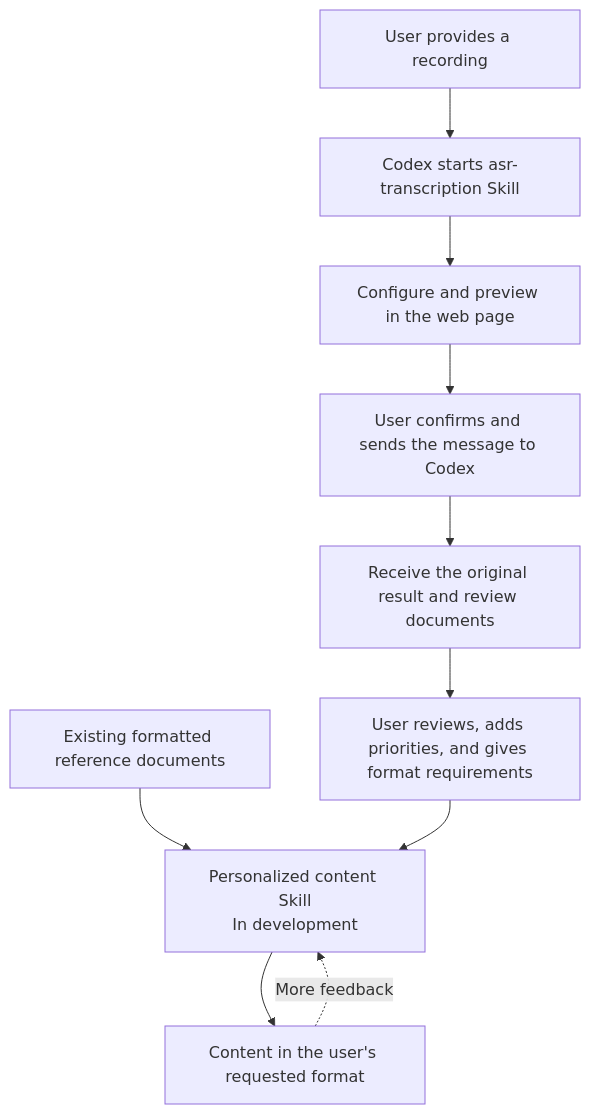
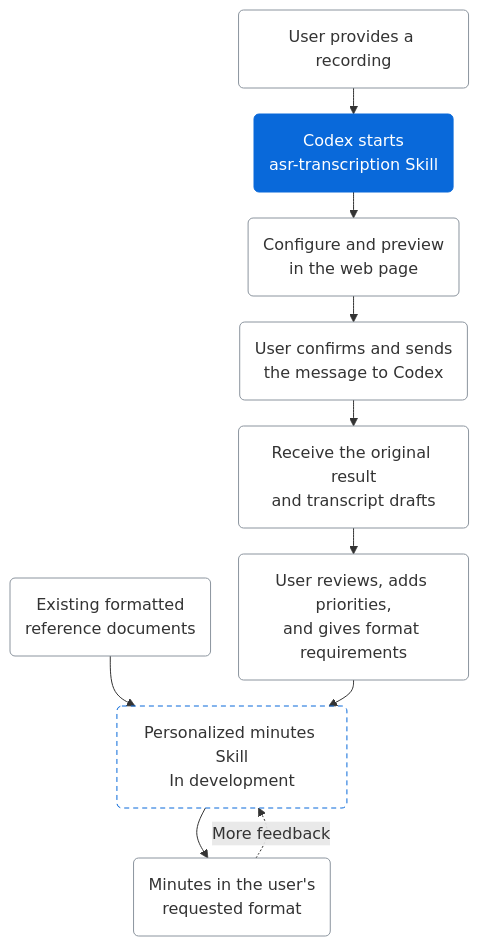
The diagram in README.en.md (hx101700/memoflow), drawn with Mermaid before and after one commit. The commit also changed other lines of this file and 66 other files, not shown here.

Commit message:
docs: unify terminology and refine README diagrams

````diff
--- a/README.en.md
+++ b/README.en.md
@@ -22,12 +32,25 @@
 ```mermaid
+---
+config:
+  flowchart:
+    curve: basis
+    nodeSpacing: 28
+    rankSpacing: 26
+---
 flowchart TD
-    A["User provides a recording"] --> B["Codex starts asr-transcription Skill"]
-    B --> C["Configure and preview in the web page"]
-    C --> D["User confirms and sends the message to Codex"]
-    D --> E["Receive the original result and review documents"]
-    E --> F["User reviews, adds priorities, and gives format requirements"]
-    G["Existing formatted reference documents"] --> H["Personalized content Skill<br/>In development"]
+    A("User provides a recording") --> B("Codex starts<br/>asr-transcription Skill")
+    B --> C("Configure and preview<br/>in the web page")
+    C --> D("User confirms and sends<br/>the message to Codex")
+    D --> E("Receive the original result<br/>and transcript drafts")
+    E --> F("User reviews, adds priorities,<br/>and gives format requirements")
+    G("Existing formatted<br/>reference documents") --> H("Personalized minutes Skill<br/>In development")
     F --> H
-    H --> I["Content in the user's requested format"]
+    H --> I("Minutes in the user's<br/>requested format")
     I -. "More feedback" .-> H
+
+    classDef default fill:transparent,stroke:#8b949e,stroke-width:1px,filter:none;
+    classDef active fill:#0969da,stroke:#0969da,color:#ffffff;
+    classDef planned stroke:#0969da,stroke-dasharray:5 4;
+    class B active;
+    class H planned;
 ```
````
